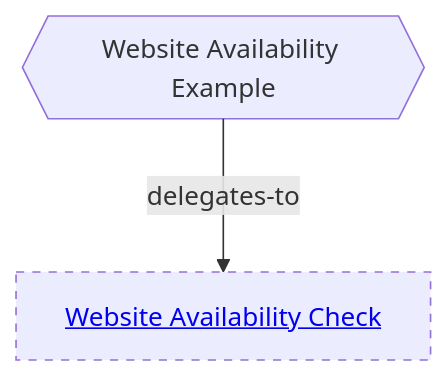
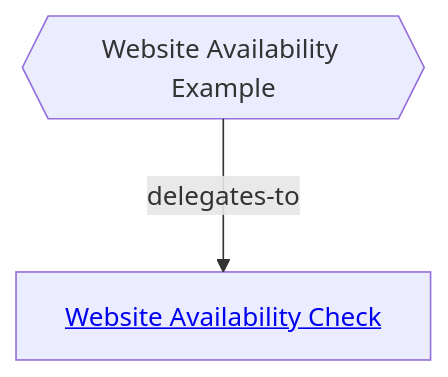
The diagram in README.md (vrparthasarathy/migration-job-discovery), drawn with Mermaid before and after one commit. The commit also changed other lines of this file and 12 other files, not shown here.

Commit message:
Build Website Availability Check.

````diff
--- a/README.md
+++ b/README.md
@@ -54,10 +29,9 @@
 ```mermaid
 ---
 config:
   layout: elk
 ---
 %%{init: {"securityLevel": "loose"}}%%
 flowchart TB
-  root{{"Website Availability Example"}} -->|delegates-to| check["<a href='website-availability-check/README.md#planned-diagram'>Website Availability Check</a>"]:::planned
-  classDef planned stroke-dasharray: 5 5
+  root{{"Website Availability Example"}} -->|delegates-to| check["<a href='website-availability-check/README.md#diagram'>Website Availability Check</a>"]
 ```
````
